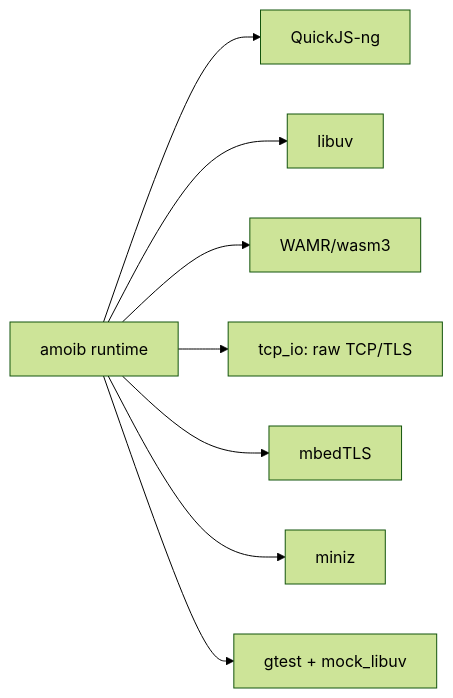
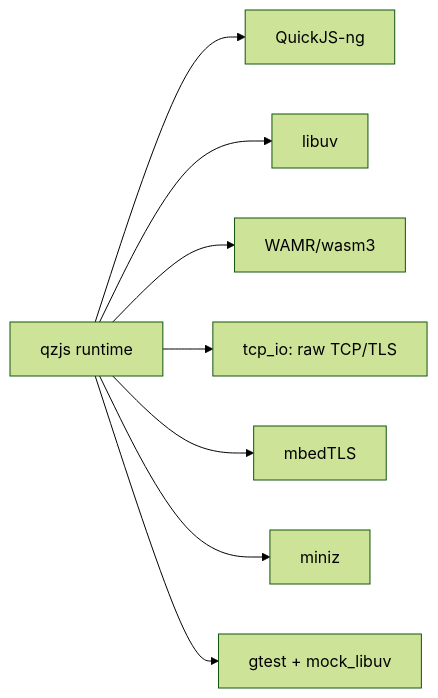
One commit to adam-ikari/qwrt changed the diagram in brain/stack.md. Above: the diagram before and after it, drawn with Mermaid (forest theme). The commit also changed 349 other files, not shown here.

````diff
--- a/brain/stack.md
+++ b/brain/stack.md
@@ -25,10 +25,10 @@
 ```mermaid
 graph LR
-  D[amoib runtime] --> E[QuickJS-ng]
+  D[qzjs runtime] --> E[QuickJS-ng]
   D --> L[libuv]
   D --> X[WAMR/wasm3]
   D --> H[tcp_io: raw TCP/TLS]
   D --> C[mbedTLS]
   D --> M[miniz]
   D --> T[gtest + mock_libuv]
 ```
````
